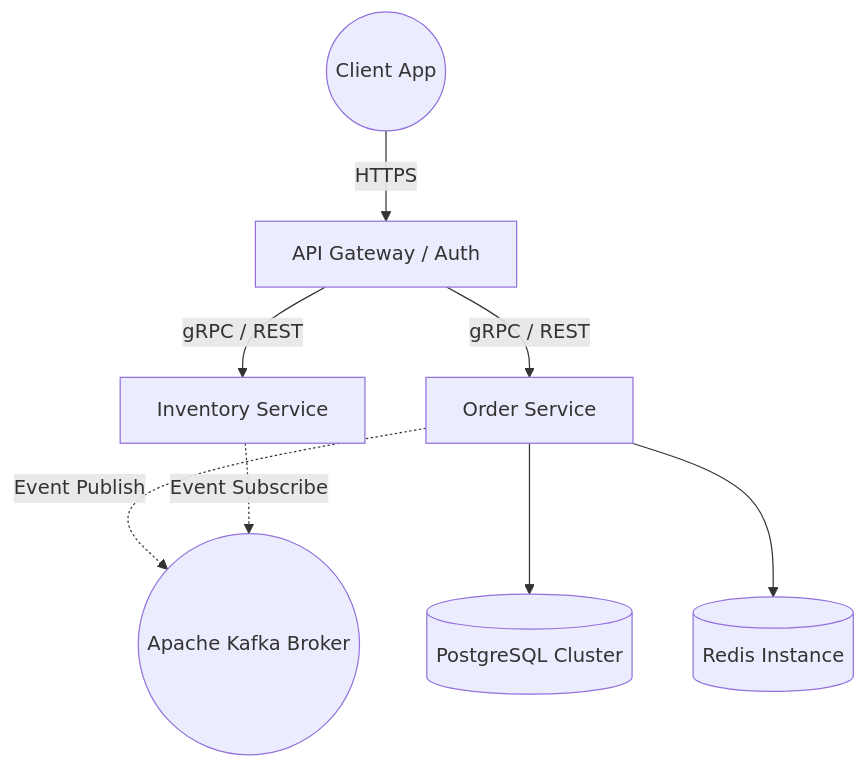
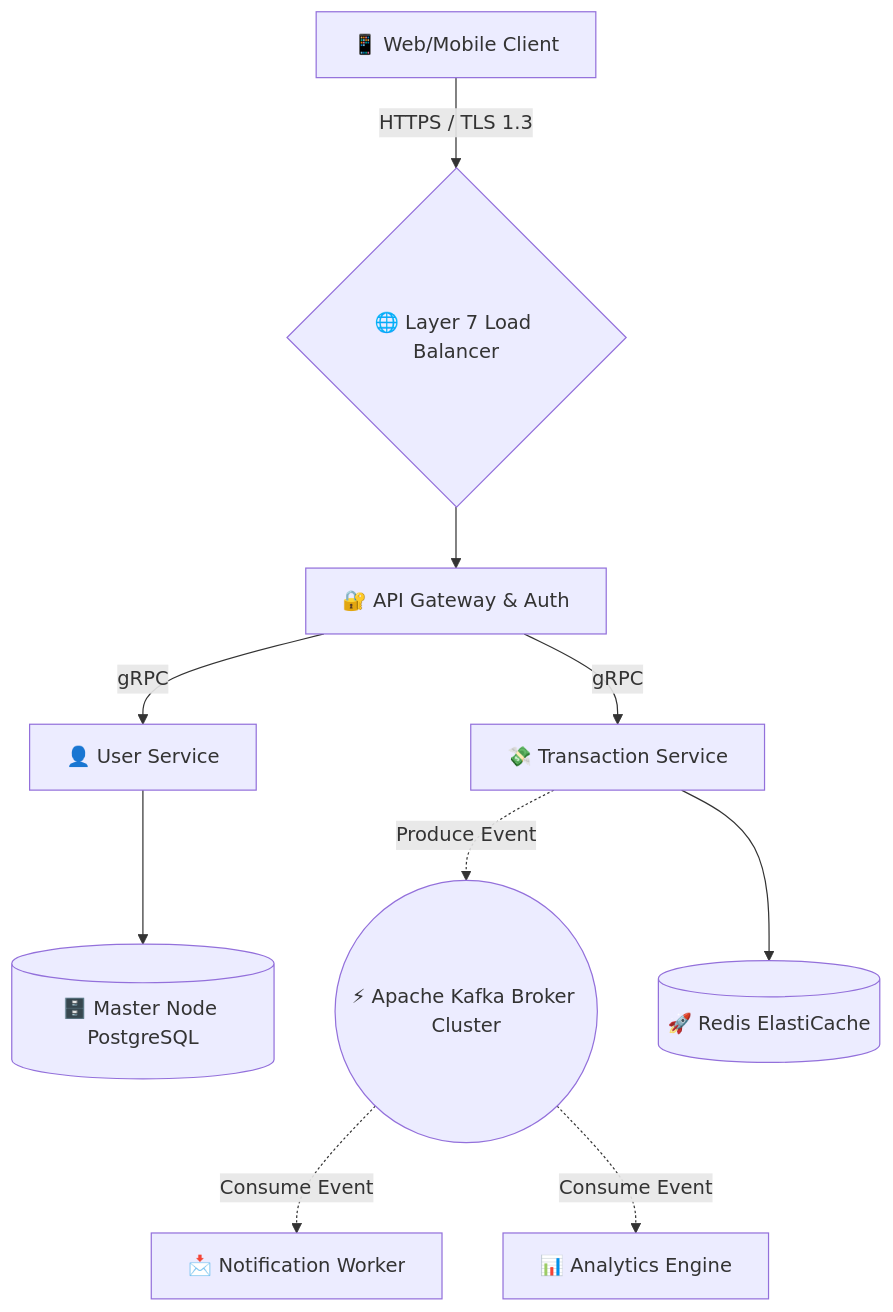
One commit to puspharaj-7/puspharaj-7 changed the diagram in README.md. Above: the diagram before and after it, drawn with Mermaid. The commit also changed other lines of this file, not shown here.

````diff
--- a/README.md
+++ b/README.md
@@ -73,12 +65,16 @@
 ```mermaid
 graph TD;
-    Client((Client App))-->|HTTPS| Gateway[API Gateway / Auth]
-    Gateway-->|gRPC / REST| Order[Order Service]
-    Gateway-->|gRPC / REST| Inventory[Inventory Service]
+    ClientApp[📱 Web/Mobile Client] -->|HTTPS / TLS 1.3| LoadBalancer{🌐 Layer 7 Load Balancer}
+    LoadBalancer --> APIAuth[🔐 API Gateway & Auth]
     
-    Order-.->|Event Publish| Kafka((Apache Kafka Broker))
-    Inventory-.->|Event Subscribe| Kafka
+    APIAuth -->|gRPC| UserService[👤 User Service]
+    APIAuth -->|gRPC| TransactionService[💸 Transaction Service]
     
-    Order-->DB1[(PostgreSQL Cluster)]
-    Order-->Cache[(Redis Instance)]
+    TransactionService -.->|Produce Event| KafkaCluster((⚡ Apache Kafka Broker Cluster))
+    
+    KafkaCluster -.->|Consume Event| NotificationService[📩 Notification Worker]
+    KafkaCluster -.->|Consume Event| AnalyticsService[📊 Analytics Engine]
+    
+    UserService --> PrimaryDB[(🗄️ Master Node PostgreSQL)]
+    TransactionService --> FastCache[(🚀 Redis ElastiCache)]
 ```
````
